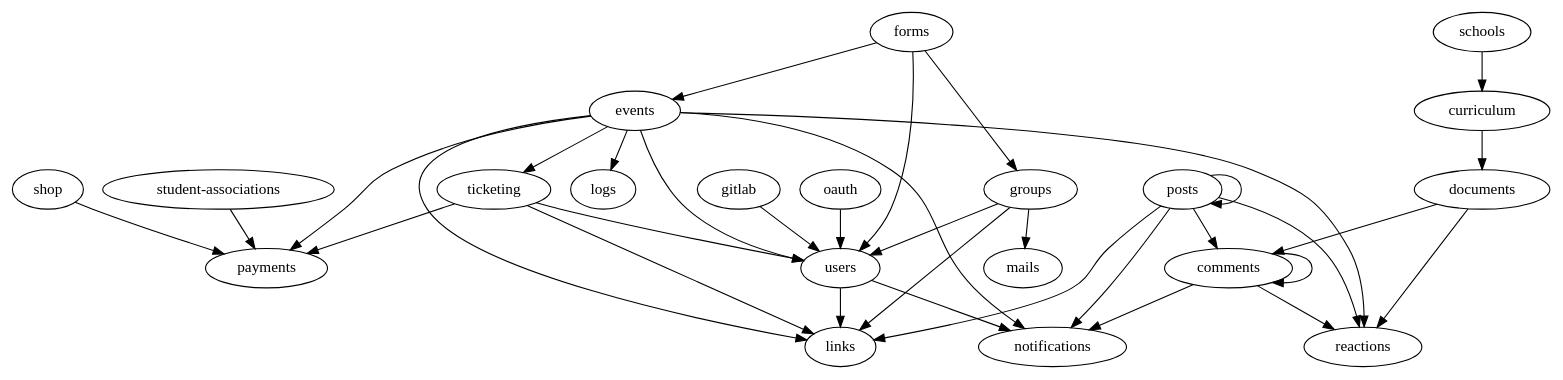
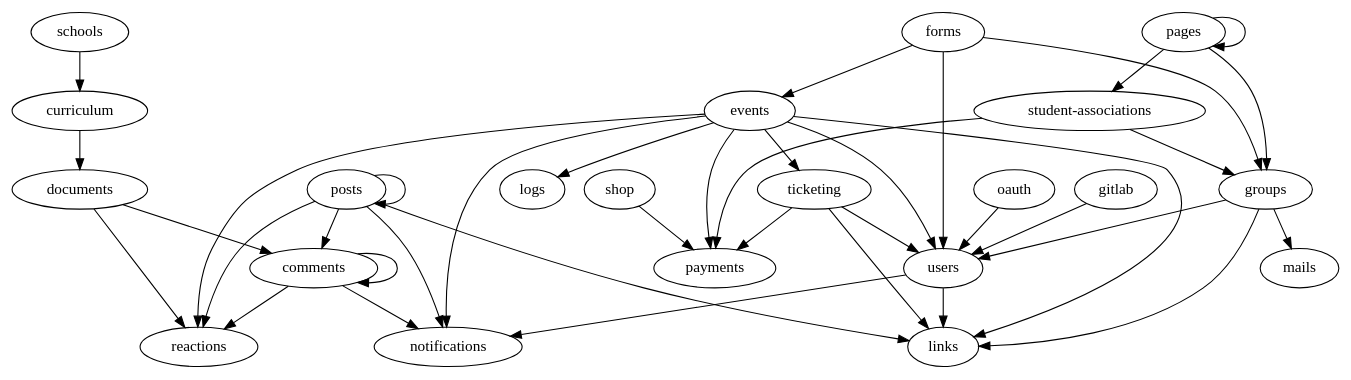
Before and after one commit to inp-net/churros: the diagram in packages/api/scripts/modules-import-graph.dot, drawn with Graphviz. The commit also changed 39 other files, not shown here.

```diff
--- a/packages/api/scripts/modules-import-graph.dot
+++ b/packages/api/scripts/modules-import-graph.dot
@@ -1,36 +1,40 @@
 strict digraph ImportGraph {
     "comments" -> "comments";
     "comments" -> "reactions";
     "comments" -> "notifications";
     "curriculum" -> "documents";
     "documents" -> "comments";
     "documents" -> "reactions";
     "events" -> "ticketing";
     "events" -> "notifications";
     "events" -> "users";
-    "events" -> "links";
     "events" -> "logs";
     "events" -> "payments";
     "events" -> "reactions";
+    "events" -> "links";
+    "forms" -> "groups";
     "forms" -> "users";
-    "forms" -> "groups";
     "forms" -> "events";
     "gitlab" -> "users";
     "groups" -> "links";
     "groups" -> "mails";
     "groups" -> "users";
     "oauth" -> "users";
+    "pages" -> "pages";
+    "pages" -> "groups";
+    "pages" -> "student-associations";
     "posts" -> "notifications";
     "posts" -> "comments";
     "posts" -> "reactions";
     "posts" -> "posts";
     "posts" -> "links";
     "schools" -> "curriculum";
     "shop" -> "payments";
+    "student-associations" -> "groups";
     "student-associations" -> "payments";
+    "ticketing" -> "users";
     "ticketing" -> "payments";
     "ticketing" -> "links";
-    "ticketing" -> "users";
     "users" -> "notifications";
     "users" -> "links";
 }
```
